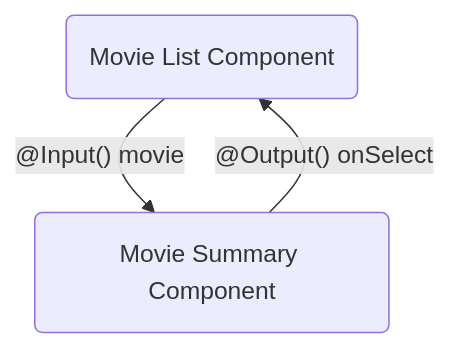
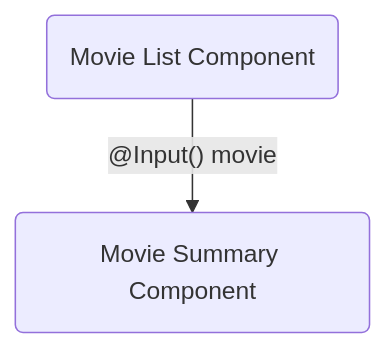
One commit to nearform/angular-patterns-workshop changed the diagram in slides/image.md. Above: the diagram before and after it, drawn with Mermaid. The commit also changed other lines of this file and 2 other files, not shown here.

````diff
--- a/slides/image.md
+++ b/slides/image.md
@@ -9,5 +9,4 @@
 ```mermaid
 flowchart TD
     movie-list(Movie List Component) -->|"@Input() movie"| movie-summary(Movie Summary Component)
-    movie-summary -->|"@Output() onSelect"|movie-list
 ```
````
